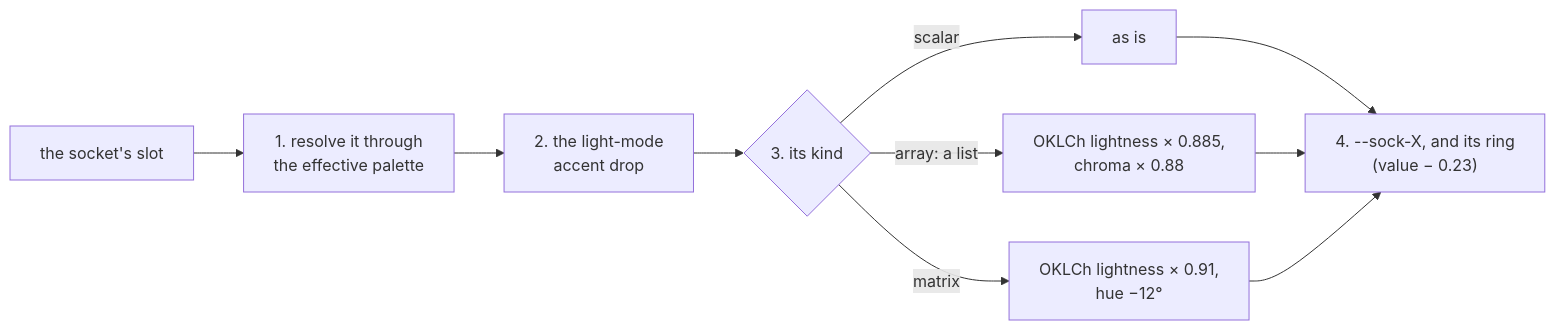
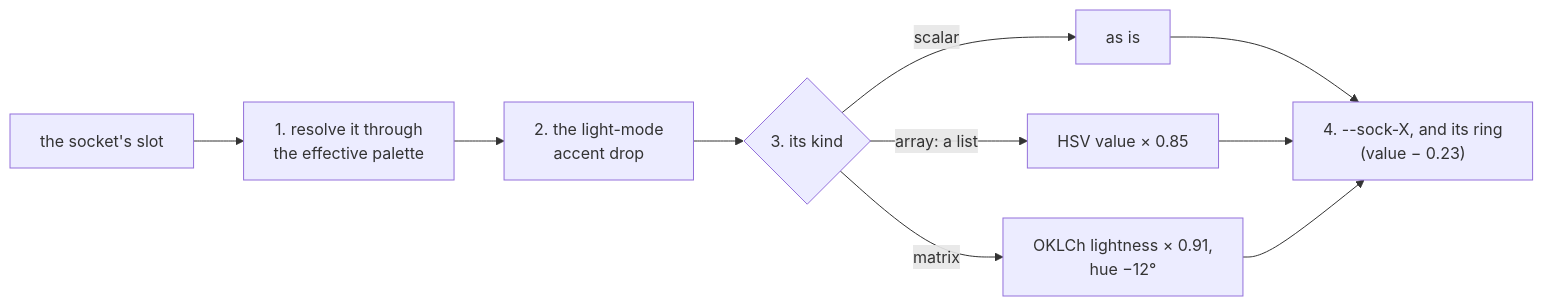
Before and after one commit to bubba8587/solenoid: the second of 3 diagrams in tree/specs/canvas/palette-and-theme.md, drawn with Mermaid. The commit also changed other lines of this file and 3 other files, not shown here.

First line of the commit message:
Color steps: HSV by default, OKLCH for a large perceptual move

````diff
--- a/tree/specs/canvas/palette-and-theme.md
+++ b/tree/specs/canvas/palette-and-theme.md
@@ -68,12 +68,12 @@
 ```mermaid
 flowchart LR
     slot["the socket's slot"] --> r["1. resolve it through<br>the effective palette"]
     r --> drop["2. the light-mode<br>accent drop"]
     drop --> kind{"3. its kind"}
     kind -->|scalar| as["as is"]
-    kind -->|"array: a list"| arr["OKLCh lightness × 0.885,<br>chroma × 0.88"]
+    kind -->|"array: a list"| arr["HSV value × 0.85"]
     kind -->|matrix| mat["OKLCh lightness × 0.91,<br>hue −12°"]
     as --> out["4. --sock-X, and its ring<br>(value − 0.23)"]
     arr --> out
     mat --> out
 ```
````
